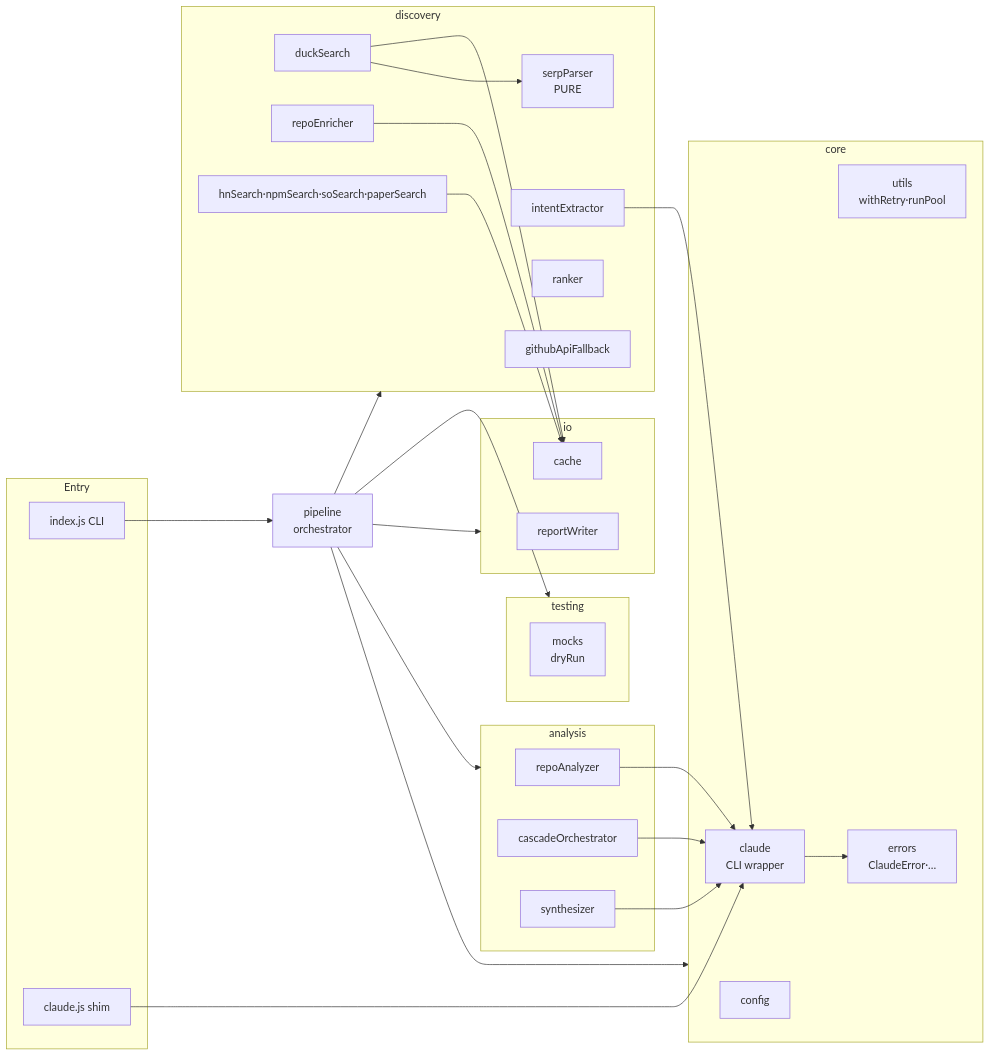
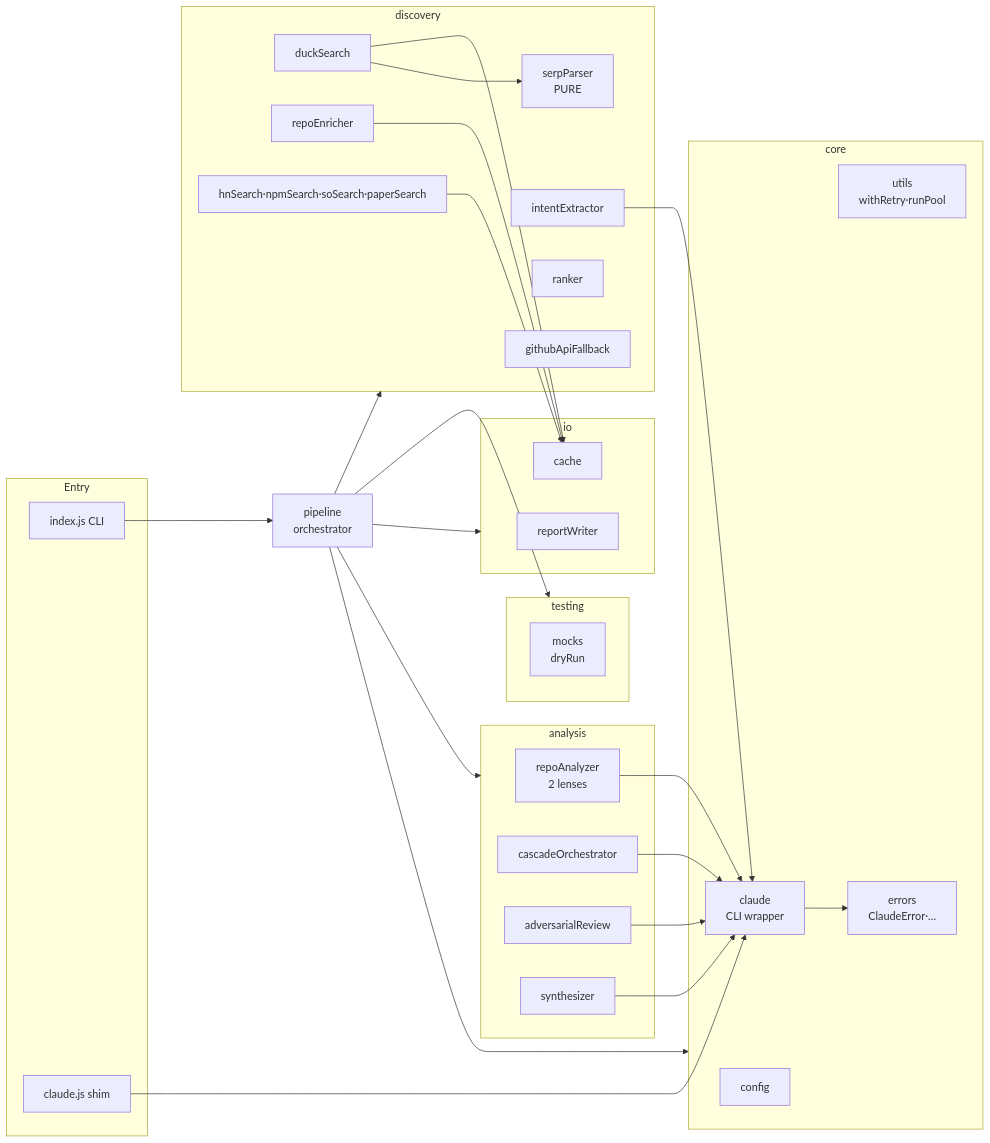
Before and after one commit to G10DC/git-researcher: the second of 2 diagrams in docs/ARCHITECTURE.md, drawn with Mermaid. The commit also changed other lines of this file and 21 other files, not shown here.

````diff
--- a/docs/ARCHITECTURE.md
+++ b/docs/ARCHITECTURE.md
@@ -39,52 +40,54 @@
 ```mermaid
 flowchart LR
     subgraph ENTRY[Entry]
         IDX[index.js CLI]
         SHIM[claude.js shim]
     end
     subgraph CORE[core]
         CFG[config]
         UTL[utils<br/>withRetry·runPool]
         ERR[errors<br/>ClaudeError·…]
         CLD[claude<br/>CLI wrapper]
     end
     subgraph DISC[discovery]
         IEX[intentExtractor]
         SP[serpParser<br/>PURE]
         DS[duckSearch]
         RE[repoEnricher]
         RK[ranker]
         GAF[githubApiFallback]
         INSP[hnSearch·npmSearch·soSearch·paperSearch]
     end
     subgraph ANA[analysis]
-        RA[repoAnalyzer]
+        RA[repoAnalyzer<br/>2 lenses]
         CO[cascadeOrchestrator]
+        ADV[adversarialReview]
         SY[synthesizer]
     end
     subgraph IO[io]
         RW[reportWriter]
         CA[cache]
     end
     subgraph TEST[testing]
         MK[mocks<br/>dryRun]
     end
     PL[pipeline<br/>orchestrator]
 
     IDX --> PL
     SHIM --> CLD
     PL --> CORE
     PL --> DISC
     PL --> ANA
     PL --> IO
     PL --> TEST
     DS --> SP
     DS --> CA
     RE --> CA
     INSP --> CA
     IEX --> CLD
     RA --> CLD
     CO --> CLD
+    ADV --> CLD
     SY --> CLD
     CLD --> ERR
 ```
````
